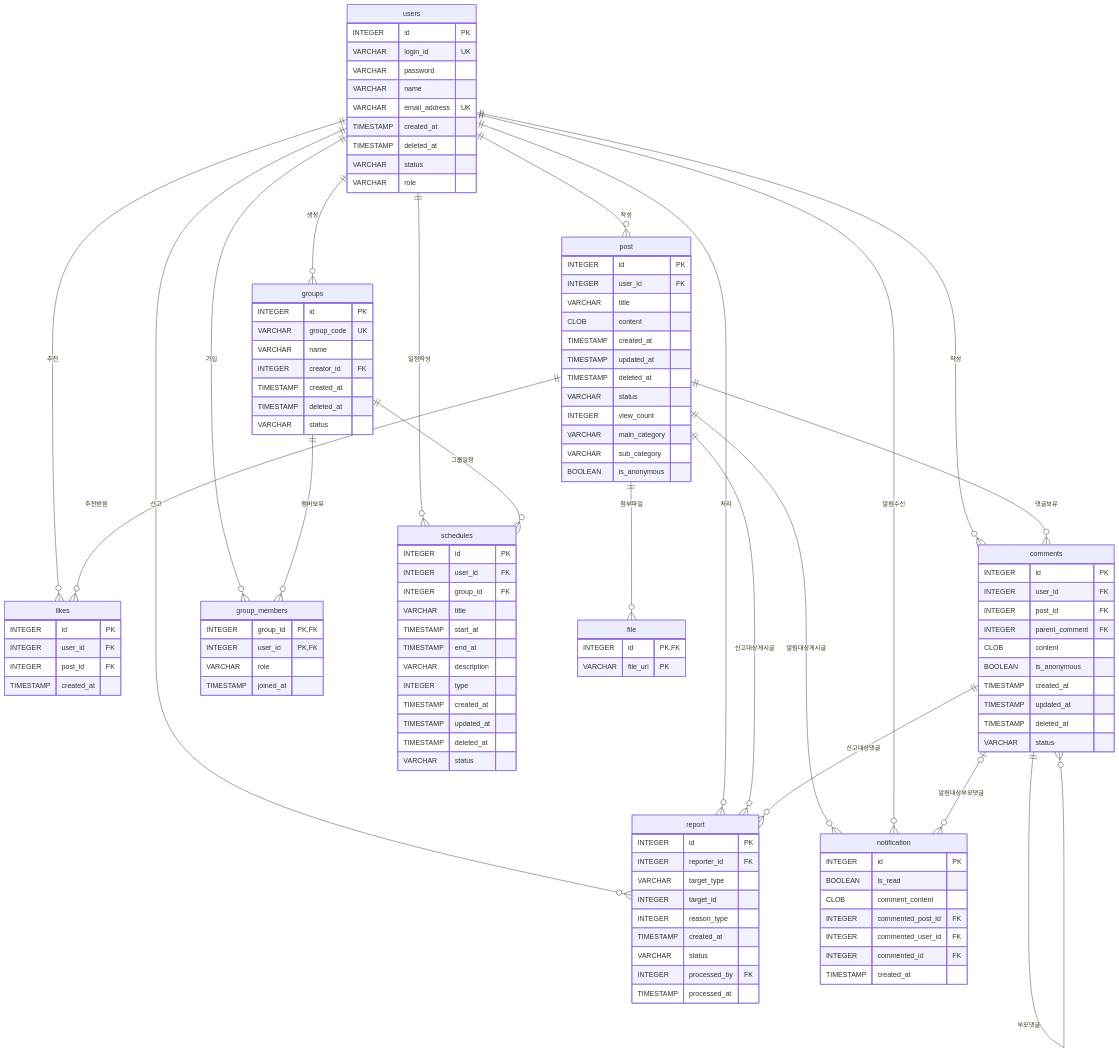
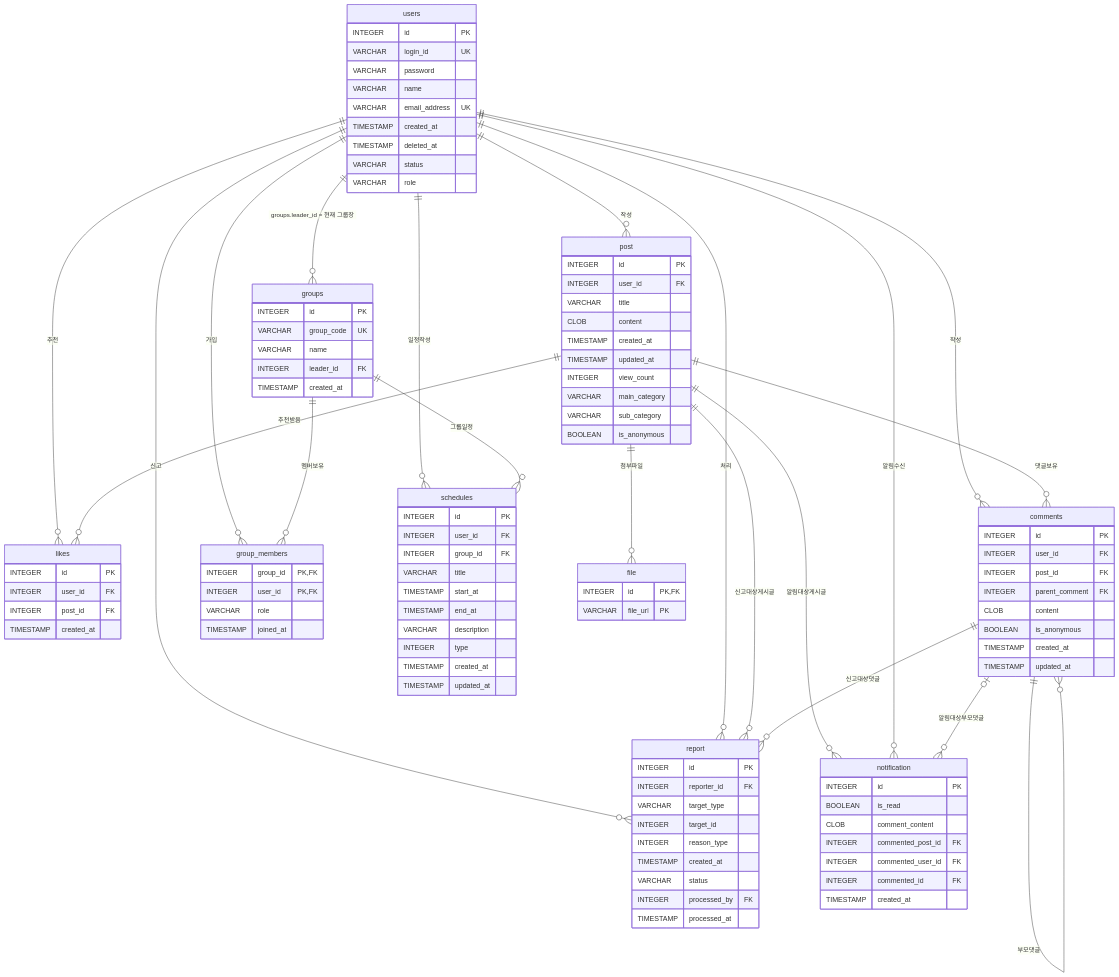
One commit to kwonyeonwoo/DB_TeamProject changed the diagram in docs/source/erd.md. Above: the diagram before and after it, drawn with Mermaid. The commit also changed other lines of this file and 20 other files, not shown here.

```diff
--- a/docs/source/erd.md
+++ b/docs/source/erd.md
@@ -35,7 +35,7 @@
     users ||--o{ report : "처리"
     post ||--o{ report : "신고대상게시글"
     comments ||--o{ report : "신고대상댓글"
-    users ||--o{ groups : "생성"
+    users ||--o{ groups : "groups.leader_id = 현재 그룹장"
     users ||--o{ group_members : "가입"
     groups ||--o{ group_members : "멤버보유"
     users ||--o{ schedules : "일정작성"
@@ -64,8 +64,6 @@
         CLOB content
         TIMESTAMP created_at
         TIMESTAMP updated_at
-        TIMESTAMP deleted_at
-        VARCHAR status
         INTEGER view_count
         VARCHAR main_category
         VARCHAR sub_category
@@ -88,8 +86,6 @@
         BOOLEAN is_anonymous
         TIMESTAMP created_at
         TIMESTAMP updated_at
-        TIMESTAMP deleted_at
-        VARCHAR status
     }
 
     report {
@@ -108,10 +104,8 @@
         INTEGER id PK
         VARCHAR group_code UK
         VARCHAR name
-        INTEGER creator_id FK
+        INTEGER leader_id FK
         TIMESTAMP created_at
-        TIMESTAMP deleted_at
-        VARCHAR status
     }
 
     group_members {
@@ -132,8 +126,6 @@
         INTEGER type
         TIMESTAMP created_at
         TIMESTAMP updated_at
-        TIMESTAMP deleted_at
-        VARCHAR status
     }
 
     file {
```
